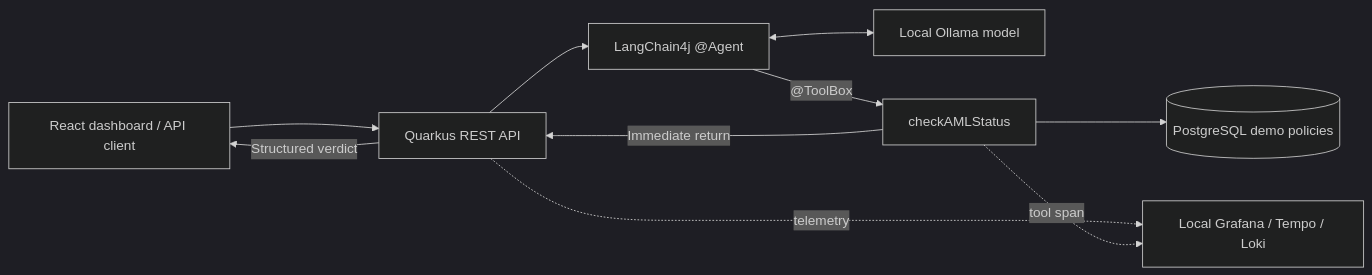
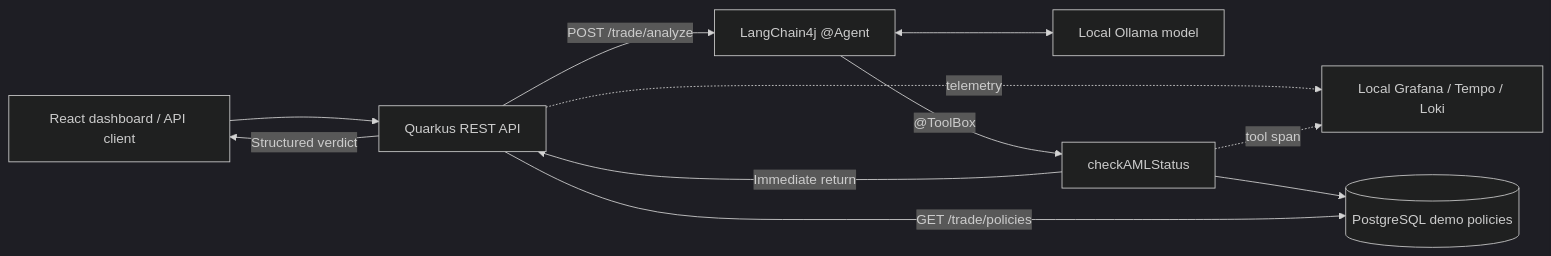
One commit to danieloh30/sovereign-trade-agent changed the diagram in README.md. Above: the diagram before and after it, drawn with Mermaid (dark theme). The commit also changed other lines of this file and 24 other files, not shown here.

````diff
--- a/README.md
+++ b/README.md
@@ -112,12 +136,13 @@
 ```mermaid
 flowchart LR
     UI[React dashboard / API client] --> API[Quarkus REST API]
-    API --> Agent["LangChain4j @Agent"]
+    API -->|"POST /trade/analyze"| Agent["LangChain4j @Agent"]
     Agent <--> Ollama[Local Ollama model]
     Agent -->|"@ToolBox"| Tool[checkAMLStatus]
     Tool --> DB[(PostgreSQL demo policies)]
+    API -->|"GET /trade/policies"| DB
     Tool -->|Immediate return| API
     API -->|Structured verdict| UI
     API -. telemetry .-> LGTM[Local Grafana / Tempo / Loki]
     Tool -. tool span .-> LGTM
 ```
````
